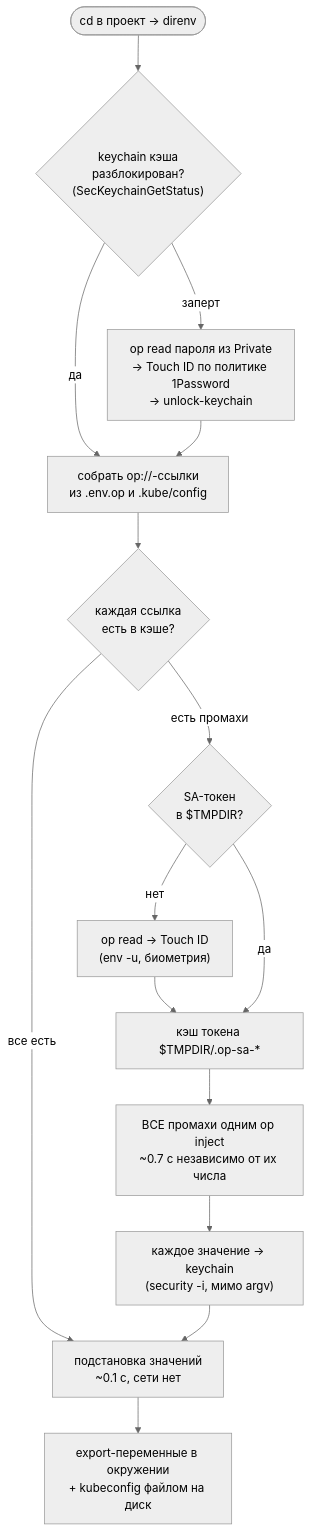
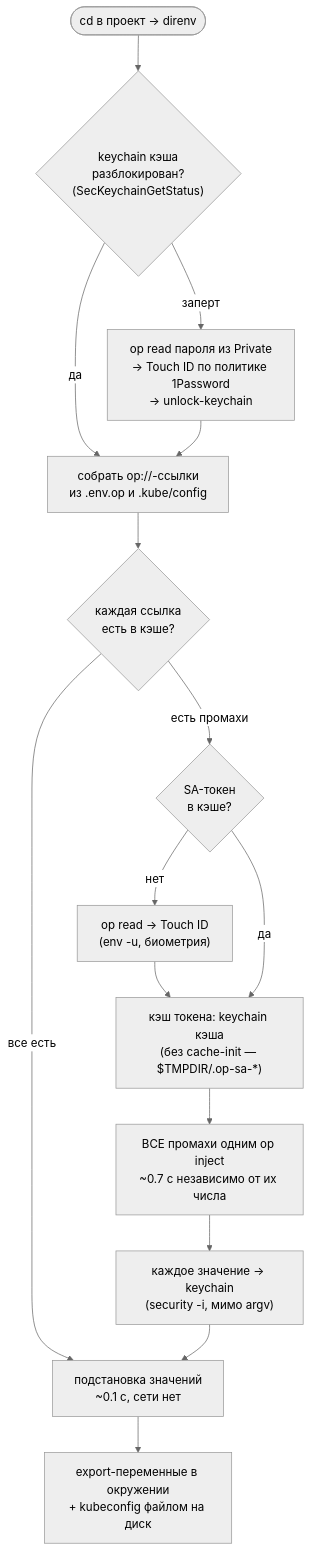
One commit to justswan/op-direnv changed the first of 3 diagrams in README.md. Above: the diagram before and after it, drawn with Mermaid (neutral theme). The commit also changed other lines of this file and 2 other files, not shown here.

First line of the commit message:
op-direnv: keep the SA token in the cache keychain, not in $TMPDIR

````diff
--- a/README.md
+++ b/README.md
@@ -19,17 +19,17 @@
 ```mermaid
 flowchart TD
     cd(["cd в проект → direnv"]) --> unlock{"keychain кэша<br/>разблокирован?<br/>(SecKeychainGetStatus)"}
     unlock -- "заперт" --> pw["op read пароля из Private<br/>→ Touch ID по политике 1Password<br/>→ unlock-keychain"]
     unlock -- "да" --> refs
     pw --> refs["собрать op://-ссылки<br/>из .env.op и .kube/config"]
     refs --> hit{"каждая ссылка<br/>есть в кэше?"}
     hit -- "все есть" --> subst["подстановка значений<br/>~0.1 с, сети нет"]
-    hit -- "есть промахи" --> tok{"SA-токен<br/>в $TMPDIR?"}
+    hit -- "есть промахи" --> tok{"SA-токен<br/>в кэше?"}
     tok -- "нет" --> tA["op read → Touch ID<br/>(env -u, биометрия)"]
-    tA --> cA["кэш токена $TMPDIR/.op-sa-*"]
+    tA --> cA["кэш токена: keychain кэша<br/>(без cache-init — $TMPDIR/.op-sa-*)"]
     tok -- "да" --> cA
     cA --> inj["ВСЕ промахи одним op inject<br/>~0.7 с независимо от их числа"]
     inj --> put["каждое значение → keychain<br/>(security -i, мимо argv)"]
     put --> subst
     subst --> env["export-переменные в окружении<br/>+ kubeconfig файлом на диск"]
 ```
````
